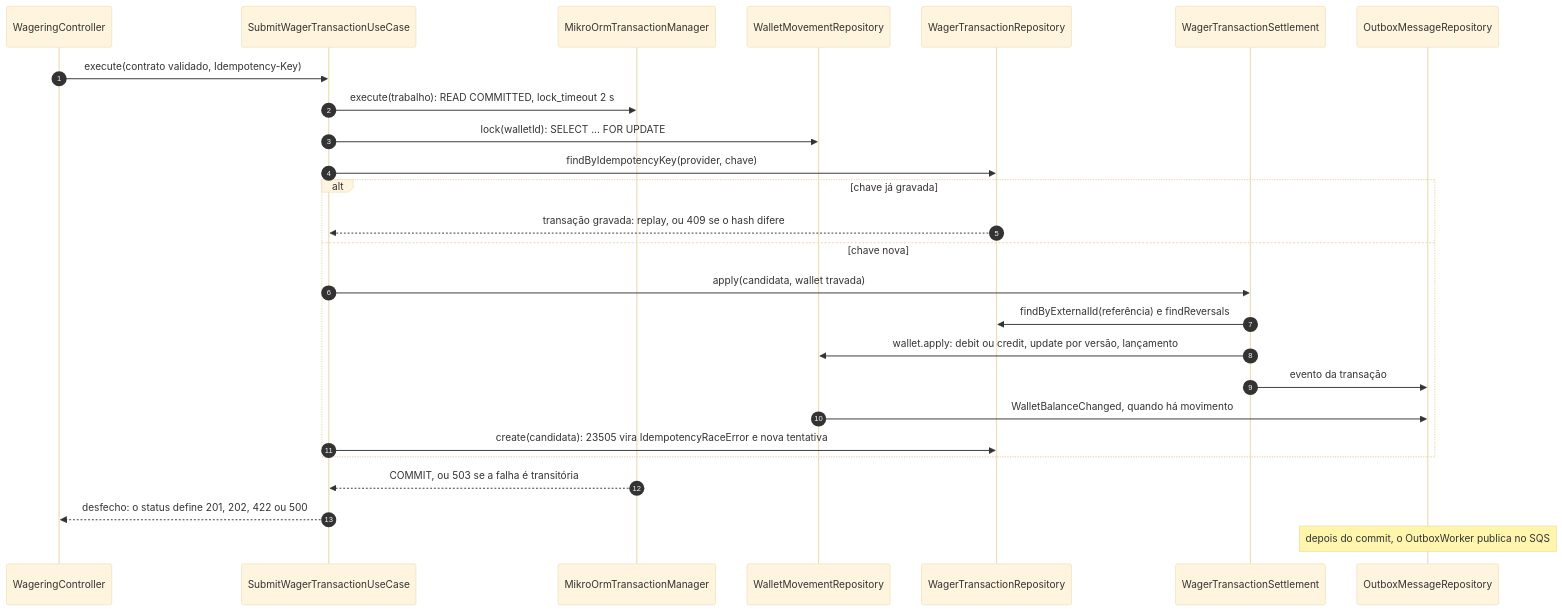
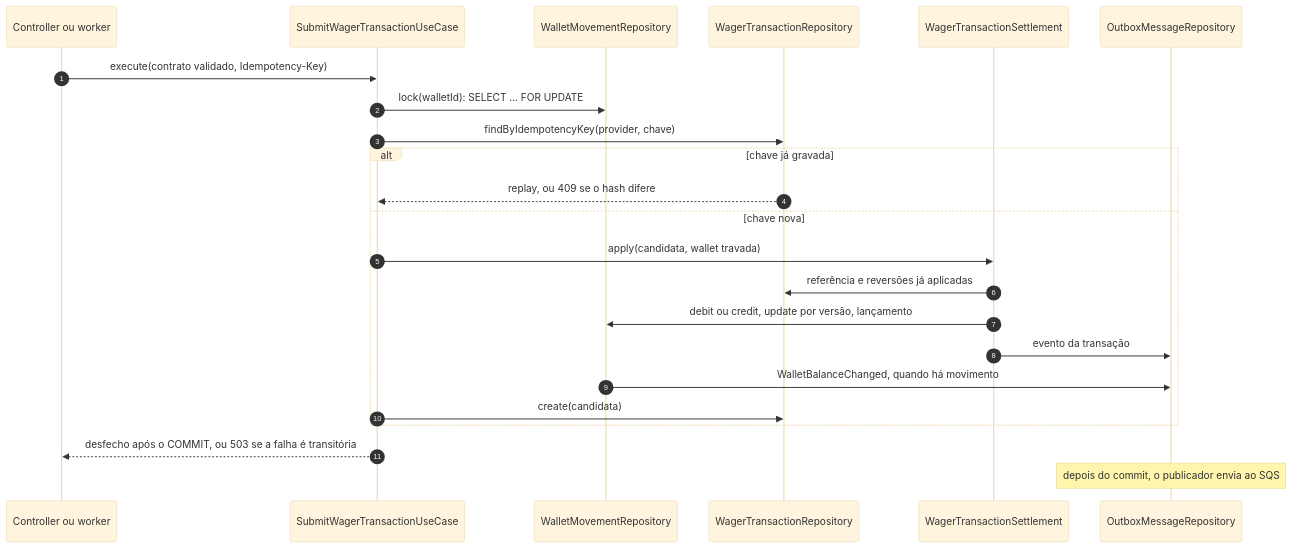
One commit to lisboon/app-backend-challenge changed the second of 2 diagrams in ARCHITECTURE.md. Above: the diagram before and after it, drawn with Mermaid (base theme). The commit also changed other lines of this file, not shown here.

Commit message:
docs(architecture): organiza por exigencia do enunciado, com o que foi feito e por que

````diff
--- a/ARCHITECTURE.md
+++ b/ARCHITECTURE.md
@@ -75,28 +29,25 @@
 ```mermaid
 sequenceDiagram
     autonumber
-    participant C as WageringController
+    participant C as Controller ou worker
     participant U as SubmitWagerTransactionUseCase
-    participant T as MikroOrmTransactionManager
     participant W as WalletMovementRepository
     participant R as WagerTransactionRepository
     participant S as WagerTransactionSettlement
     participant O as OutboxMessageRepository
     C->>U: execute(contrato validado, Idempotency-Key)
-    U->>T: execute(trabalho): READ COMMITTED, lock_timeout 2 s
     U->>W: lock(walletId): SELECT ... FOR UPDATE
     U->>R: findByIdempotencyKey(provider, chave)
     alt chave já gravada
-        R-->>U: transação gravada: replay, ou 409 se o hash difere
+        R-->>U: replay, ou 409 se o hash difere
     else chave nova
         U->>S: apply(candidata, wallet travada)
-        S->>R: findByExternalId(referência) e findReversals
-        S->>W: wallet.apply: debit ou credit, update por versão, lançamento
+        S->>R: referência e reversões já aplicadas
+        S->>W: debit ou credit, update por versão, lançamento
         S->>O: evento da transação
         W->>O: WalletBalanceChanged, quando há movimento
-        U->>R: create(candidata): 23505 vira IdempotencyRaceError e nova tentativa
+        U->>R: create(candidata)
     end
-    T-->>U: COMMIT, ou 503 se a falha é transitória
-    U-->>C: desfecho: o status define 201, 202, 422 ou 500
-    Note over O: depois do commit, o OutboxWorker publica no SQS
+    U-->>C: desfecho após o COMMIT, ou 503 se a falha é transitória
+    Note over O: depois do commit, o publicador envia ao SQS
 ```
````
